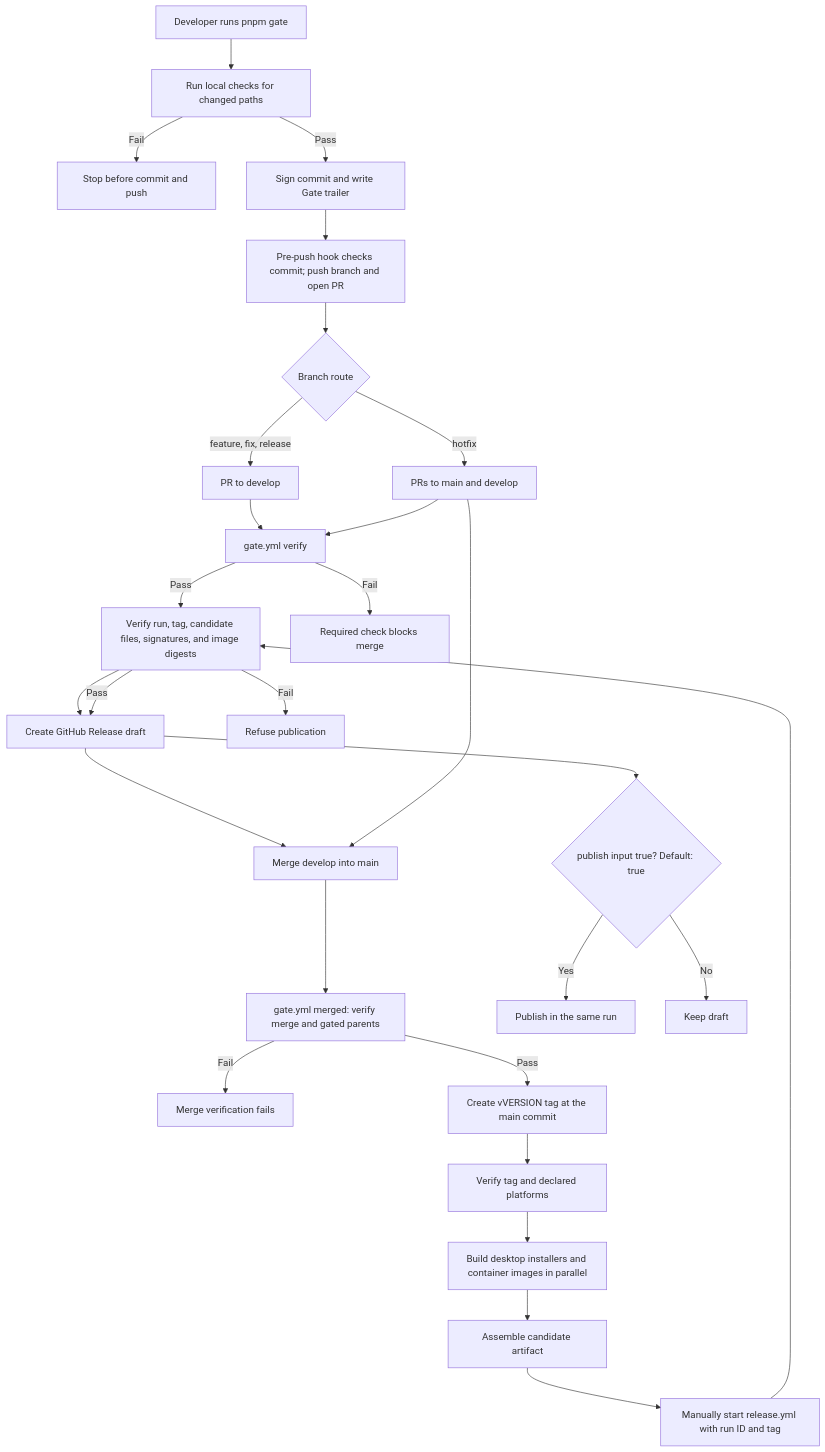
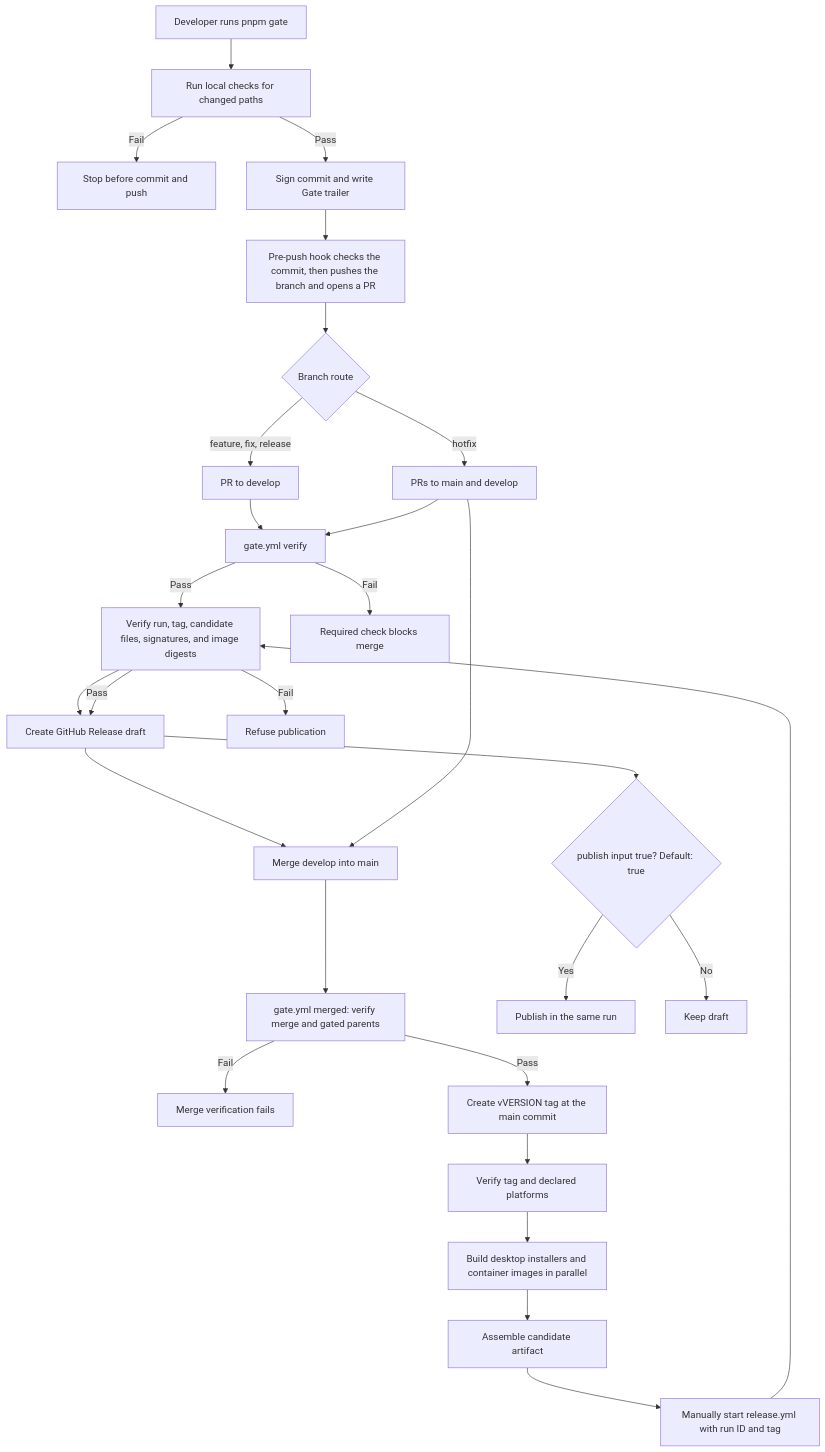
One commit to Yuqi-666/dBrain changed the diagram in docs/ci-cd.md. Above: the diagram before and after it, drawn with Mermaid. The commit also changed other lines of this file and 10 other files, not shown here.

````diff
--- a/docs/ci-cd.md
+++ b/docs/ci-cd.md
@@ -15,30 +15,30 @@
 ```mermaid
 flowchart TD
     A["Developer runs pnpm gate"] --> B["Run local checks for changed paths"]
     B -->|Fail| X["Stop before commit and push"]
     B -->|Pass| C["Sign commit and write Gate trailer"]
-    C --> D["Pre-push hook checks commit; push branch and open PR"]
+    C --> D["Pre-push hook checks the commit, then pushes the branch and opens a PR"]
     D --> E{"Branch route"}
     E -->|feature, fix, release| E1["PR to develop"]
     E -->|hotfix| E2["PRs to main and develop"]
     E1 --> V["gate.yml verify"]
     E2 --> V
     V -->|Pass| P["Merge into develop"]
     P --> R["pnpm gate on develop: select declared platforms and open promotion PR"]
     R --> F["Merge develop into main"]
     E2 --> F
     V -->|Fail| Y["Required check blocks merge"]
     F --> G["gate.yml merged: verify merge and gated parents"]
     G -->|Fail| Z["Merge verification fails"]
     G -->|Pass| J["Create vVERSION tag at the main commit"]
     J --> K["Verify tag and declared platforms"]
     K --> L["Build desktop installers and container images in parallel"]
     L --> M["Assemble candidate artifact"]
     M --> O["Manually start release.yml with run ID and tag"]
     O --> P["Verify run, tag, candidate files, signatures, and image digests"]
     P -->|Fail| Q["Refuse publication"]
     P -->|Pass| R["Create GitHub Release draft"]
     R --> S{"publish input true? Default: true"}
     S -->|Yes| T["Publish in the same run"]
     S -->|No| U["Keep draft"]
 ```
````
